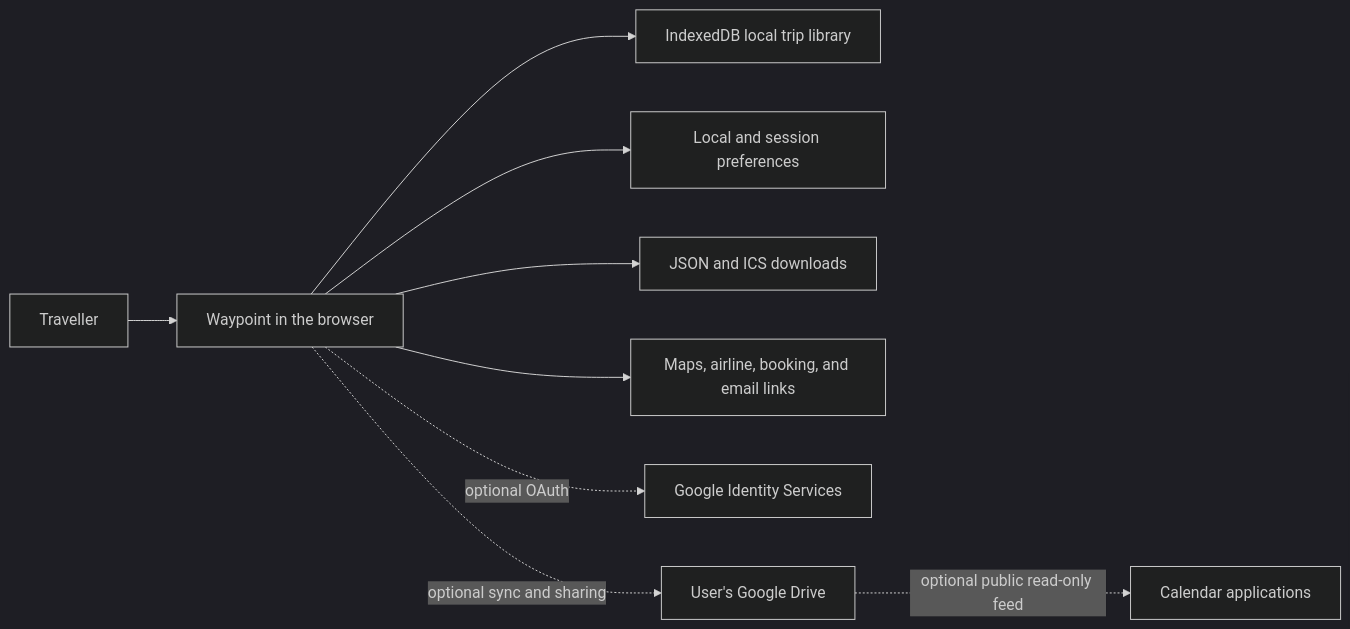
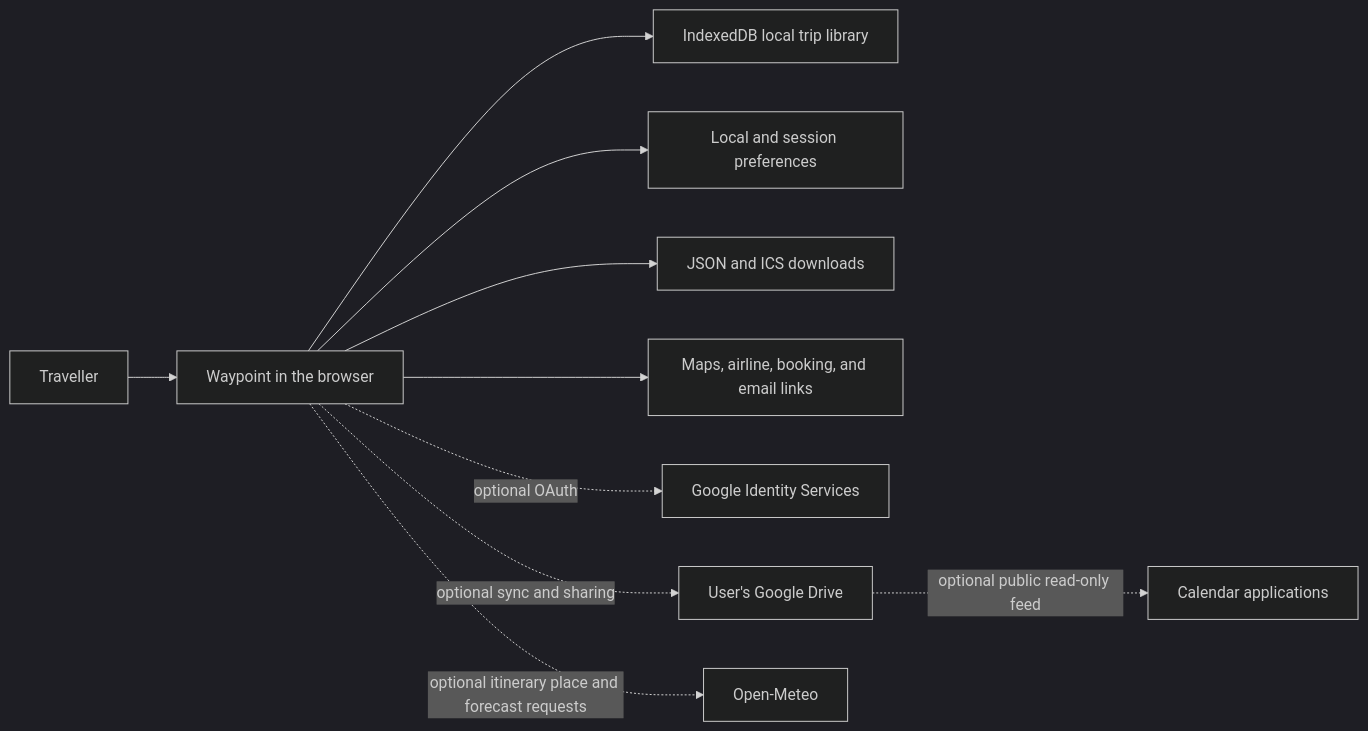
One commit to noddson/waypoint changed the diagram in README.MD. Above: the diagram before and after it, drawn with Mermaid (dark theme). The commit also changed other lines of this file and 7 other files, not shown here.

````diff
--- a/README.MD
+++ b/README.MD
@@ -98,11 +99,12 @@
 ```mermaid
 flowchart LR
     U["Traveller"] --> W["Waypoint in the browser"]
     W --> I["IndexedDB local trip library"]
     W --> P["Local and session preferences"]
     W --> J["JSON and ICS downloads"]
     W --> L["Maps, airline, booking, and email links"]
     W -. "optional OAuth" .-> G["Google Identity Services"]
     W -. "optional sync and sharing" .-> D["User's Google Drive"]
     D -. "optional public read-only feed" .-> C["Calendar applications"]
+    W -. "optional itinerary place and forecast requests" .-> O["Open-Meteo"]
 ```
````
